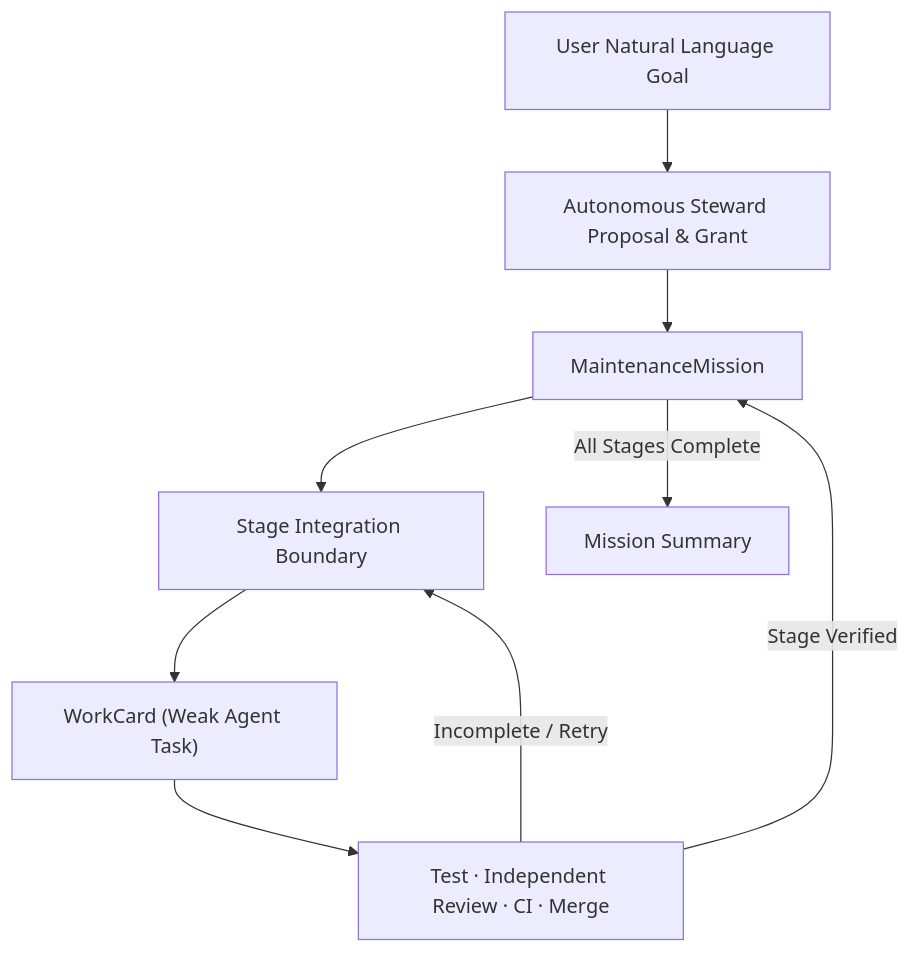
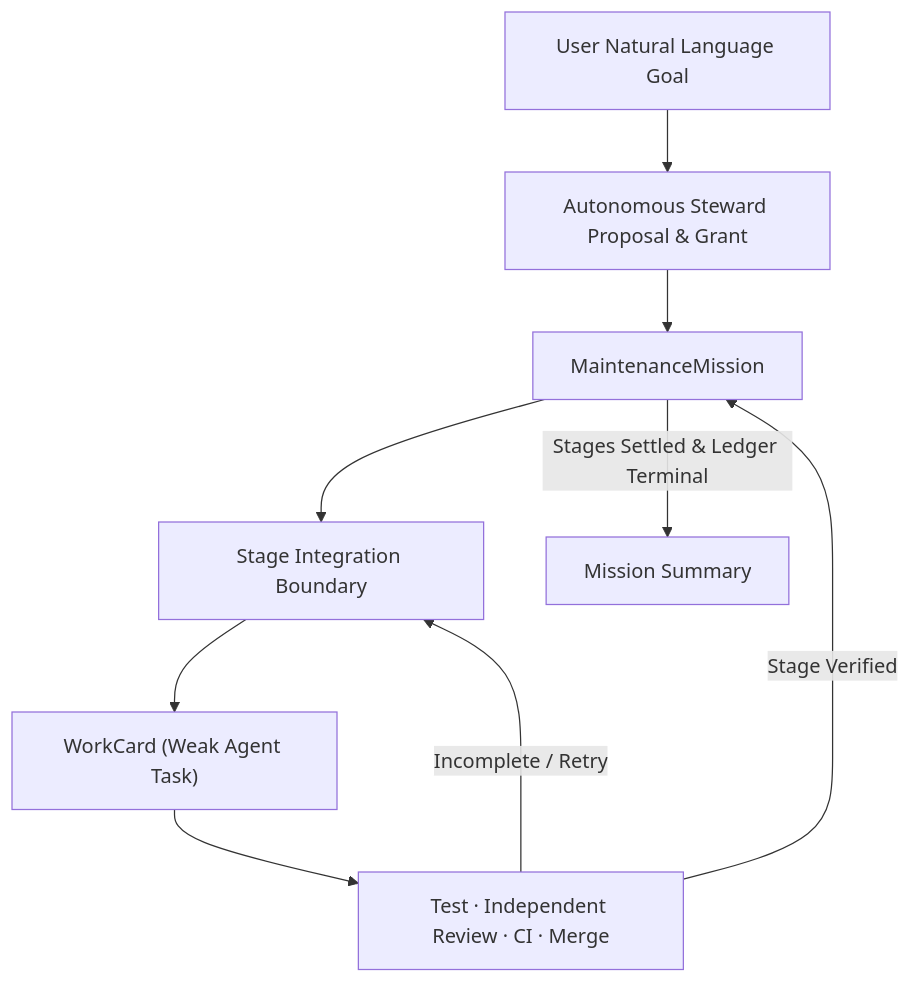
Before and after one commit to Igzela/token-efficient-agent-harness-lab: the first of 2 diagrams in docs/ARCHITECTURE.md, drawn with Mermaid. The commit also changed 9 other files, not shown here.

````diff
--- a/docs/ARCHITECTURE.md
+++ b/docs/ARCHITECTURE.md
@@ -163,11 +163,11 @@
 ```mermaid
 flowchart TD
     U["User Natural Language Goal"] --> S["Autonomous Steward Proposal & Grant"]
     S --> M["MaintenanceMission"]
     M --> G["Stage Integration Boundary"]
     G --> C["WorkCard (Weak Agent Task)"]
     C --> V["Test · Independent Review · CI · Merge"]
     V -->|Incomplete / Retry| G
     V -->|Stage Verified| M
-    M -->|All Stages Complete| D["Mission Summary"]
+    M -->|Stages Settled & Ledger Terminal| D["Mission Summary"]
 ```
````
